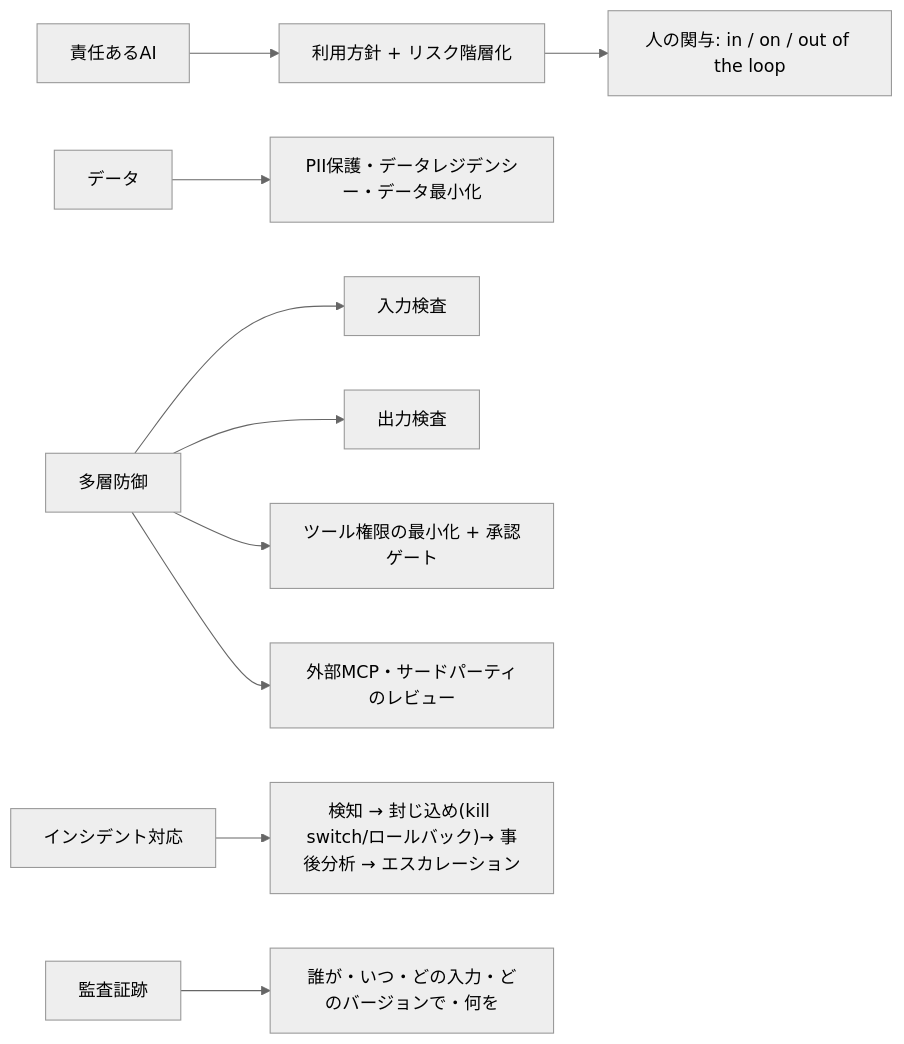
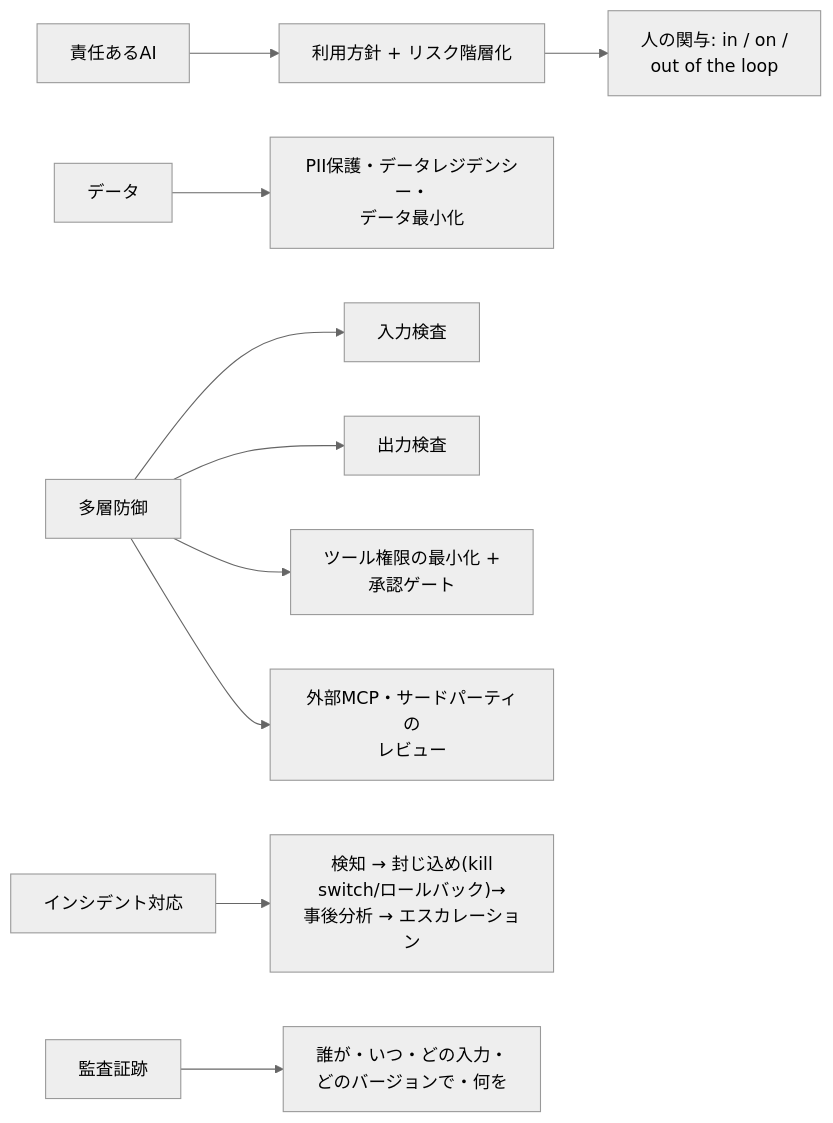
The fifth of 8 diagrams in claude/architect-professional/overview.md (shingo0321/study), drawn with Mermaid (neutral theme) before and after one commit. The commit also changed other lines of this file and 5 other files, not shown here.

First line of the commit message:
Mermaid俯瞰図を横スクロールなしで表示できるよう調整

````diff
--- a/claude/architect-professional/overview.md
+++ b/claude/architect-professional/overview.md
@@ -143,12 +143,12 @@
 ```mermaid
 flowchart LR
   G["責任あるAI"] --> G1["利用方針 + リスク階層化"]
-  G1 --> G2["人の関与: in / on / out of the loop"]
-  D["データ"] --> D1["PII保護・データレジデンシー・データ最小化"]
+  G1 --> G2["人の関与: in / on /<br/>out of the loop"]
+  D["データ"] --> D1["PII保護・データレジデンシー・<br/>データ最小化"]
   R["多層防御"] --> R1["入力検査"]
   R --> R2["出力検査"]
-  R --> R3["ツール権限の最小化 + 承認ゲート"]
-  R --> R4["外部MCP・サードパーティのレビュー"]
-  I["インシデント対応"] --> I1["検知 → 封じ込め(kill switch/ロールバック)→ 事後分析 → エスカレーション"]
-  AU["監査証跡"] --> AU1["誰が・いつ・どの入力・どのバージョンで・何を"]
+  R --> R3["ツール権限の最小化 +<br/>承認ゲート"]
+  R --> R4["外部MCP・サードパーティの<br/>レビュー"]
+  I["インシデント対応"] --> I1["検知 → 封じ込め(kill<br/>switch/ロールバック)→<br/>事後分析 → エスカレーション"]
+  AU["監査証跡"] --> AU1["誰が・いつ・どの入力・<br/>どのバージョンで・何を"]
 ```
````
